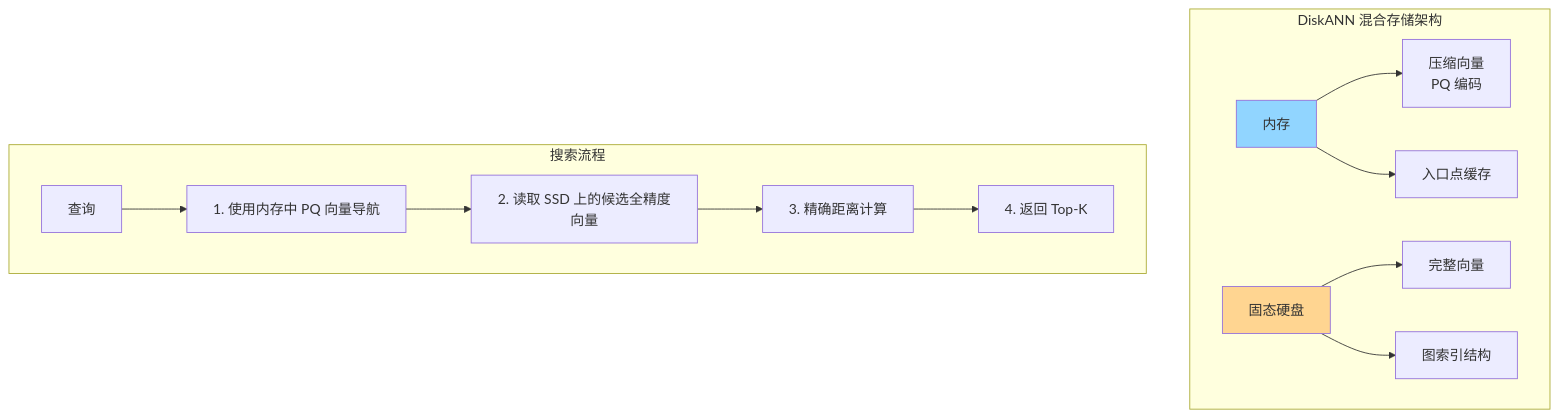
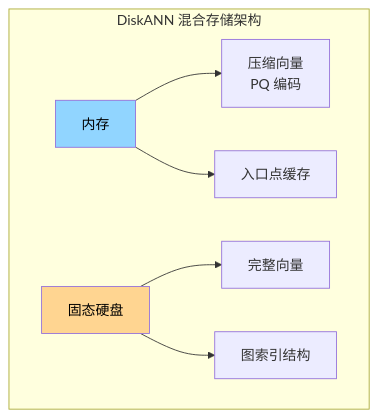
Diagram 24 of 42 in docs/research/003-vector-search-algorithm.md (ThreeFish-AI/agentic-ai-cognizes), drawn with Mermaid before and after one commit. The commit also changed other lines of this file, not shown here.

First line of the commit message:
docs(Research): 优化文档图表样式与可读性;

````diff
--- a/docs/research/003-vector-search-algorithm.md
+++ b/docs/research/003-vector-search-algorithm.md
@@ -1176,23 +1179,16 @@
 ```mermaid
 graph TB
     subgraph "DiskANN 混合存储架构"
         RAM[内存]
         SSD[固态硬盘]
 
         RAM --> PQV[压缩向量<br/>PQ 编码]
         RAM --> ENTRY[入口点缓存]
 
         SSD --> FULL[完整向量]
         SSD --> GRAPH[图索引结构]
     end
 
-    subgraph "搜索流程"
-        Q[查询] --> S1[1. 使用内存中 PQ 向量导航]
-        S1 --> S2[2. 读取 SSD 上的候选全精度向量]
-        S2 --> S3[3. 精确距离计算]
-        S3 --> S4[4. 返回 Top-K]
-    end
-
-    style RAM fill:#91d5ff
-    style SSD fill:#ffd591
+    style RAM fill:#91d5ff,color:#000000
+    style SSD fill:#ffd591,color:#000000
 ```
````
